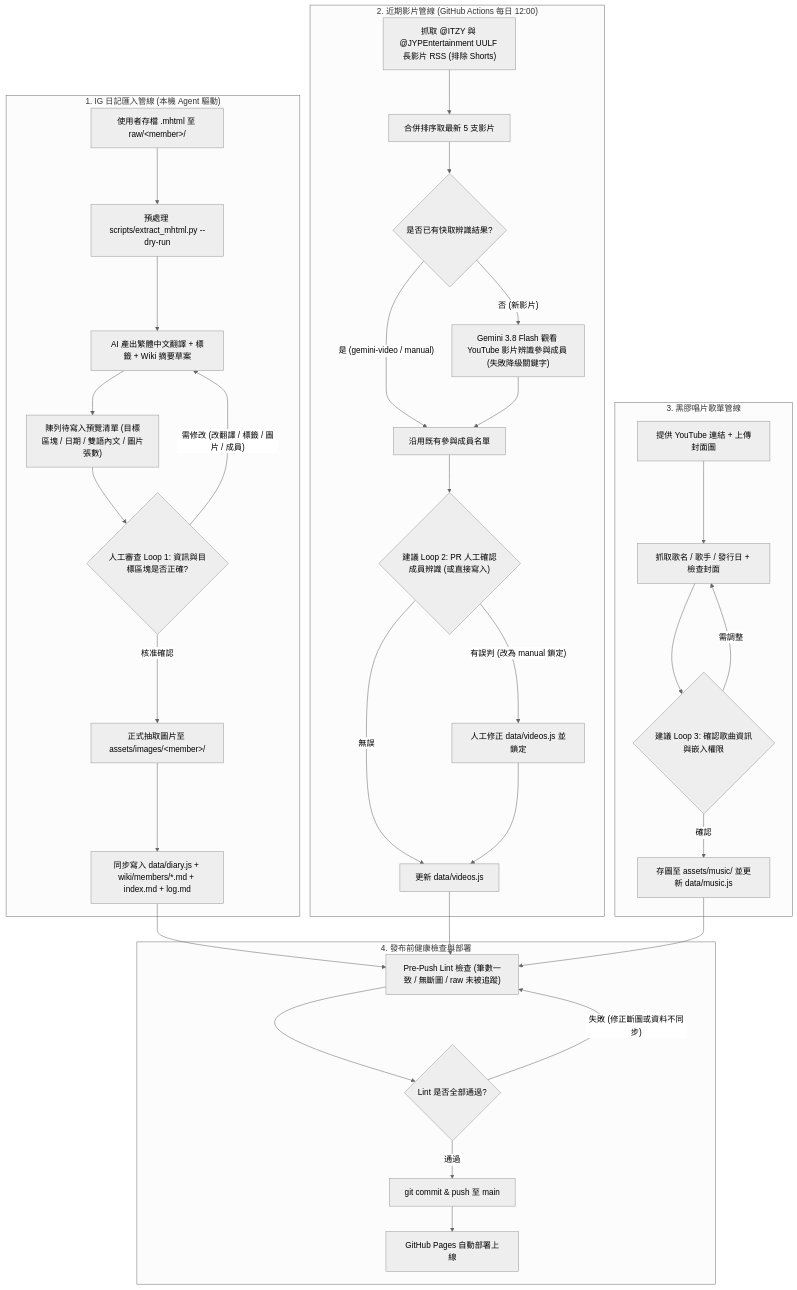
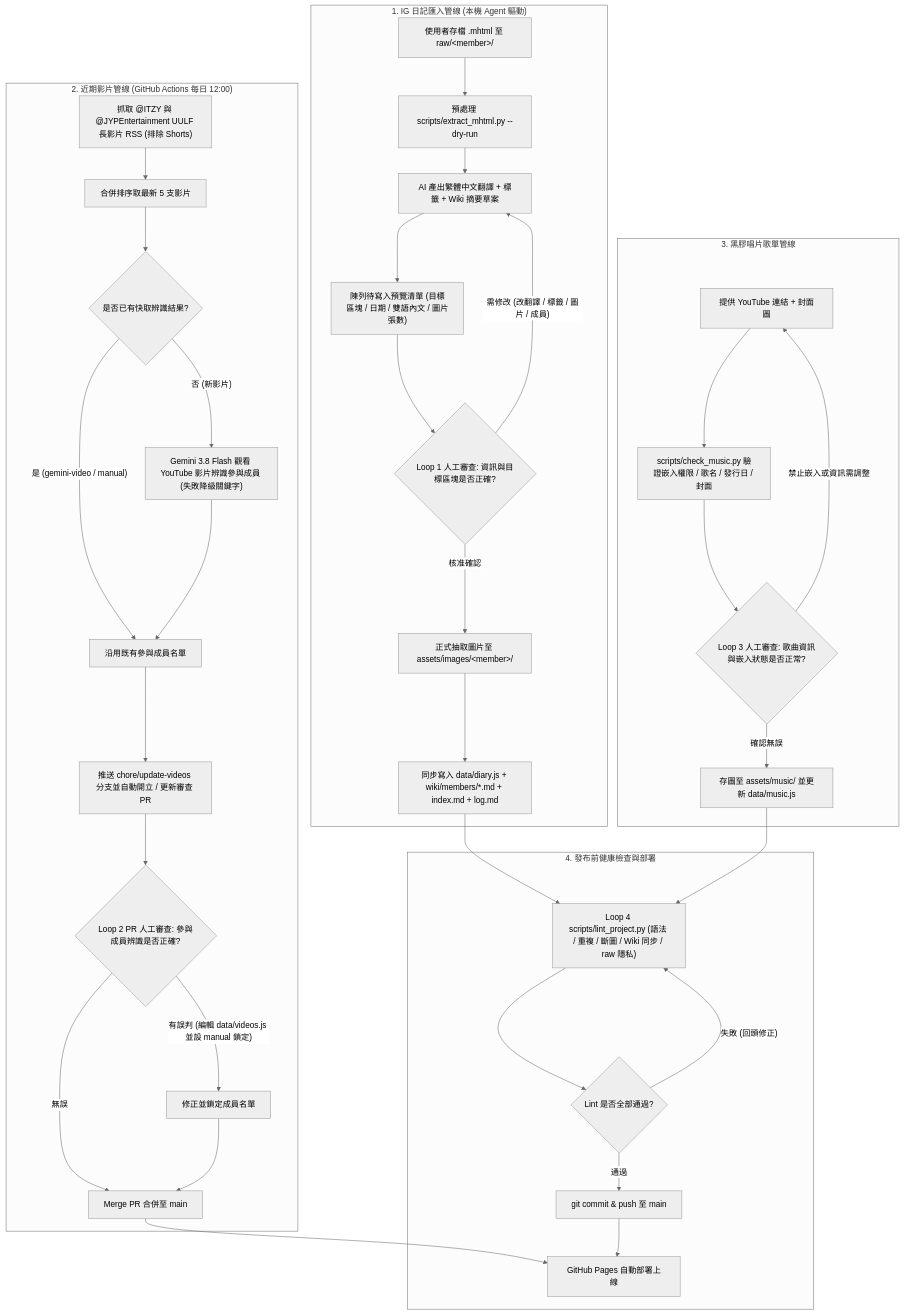
Before and after one commit to iloveyuna1209/itzy_ig_daily: the diagram in WORKFLOW.md, drawn with Mermaid (neutral theme). The commit also changed other lines of this file and 4 other files, not shown here.

````diff
--- a/WORKFLOW.md
+++ b/WORKFLOW.md
@@ -7,46 +7,47 @@
 ```mermaid
 flowchart TD
     %% Track 1: IG Diary Ingest
     subgraph IG["1. IG 日記匯入管線 (本機 Agent 驅動)"]
         A1["使用者存檔 .mhtml 至 raw/&lt;member&gt;/"] --> A2["預處理 scripts/extract_mhtml.py --dry-run"]
         A2 --> A3["AI 產出繁體中文翻譯 + 標籤 + Wiki 摘要草案"]
         A3 --> A4["陳列待寫入預覽清單 (目標區塊 / 日期 / 雙語內文 / 圖片張數)"]
-        A4 --> H1{"人工審查 Loop 1: 資訊與目標區塊是否正確?"}
+        A4 --> H1{"Loop 1 人工審查: 資訊與目標區塊是否正確?"}
         H1 -- "需修改 (改翻譯 / 標籤 / 圖片 / 成員)" --> A3
         H1 -- "核准確認" --> A5["正式抽取圖片至 assets/images/&lt;member&gt;/"]
         A5 --> A6["同步寫入 data/diary.js + wiki/members/*.md + index.md + log.md"]
     end
 
     %% Track 2: YouTube Recent Videos
     subgraph YT["2. 近期影片管線 (GitHub Actions 每日 12:00)"]
         B1["抓取 @ITZY 與 @JYPEntertainment UULF 長影片 RSS (排除 Shorts)"] --> B2["合併排序取最新 5 支影片"]
         B2 --> B3{"是否已有快取辨識結果?"}
         B3 -- "是 (gemini-video / manual)" --> B5["沿用既有參與成員名單"]
         B3 -- "否 (新影片)" --> B4["Gemini 3.8 Flash 觀看 YouTube 影片辨識參與成員 (失敗降級關鍵字)"]
         B4 --> B5
-        B5 --> H2{"建議 Loop 2: PR 人工確認成員辨識 (或直接寫入)"}
-        H2 -- "有誤判 (改為 manual 鎖定)" --> B6["人工修正 data/videos.js 並鎖定"]
-        H2 -- "無誤" --> B7["更新 data/videos.js"]
-        B6 --> B7
+        B5 --> B6["推送 chore/update-videos 分支並自動開立 / 更新審查 PR"]
+        B6 --> H2{"Loop 2 PR 人工審查: 參與成員辨識是否正確?"}
+        H2 -- "有誤判 (編輯 data/videos.js 並設 manual 鎖定)" --> B7["修正並鎖定成員名單"]
+        H2 -- "無誤" --> B8["Merge PR 合併至 main"]
+        B7 --> B8
     end
 
     %% Track 3: Vinyl Music Player
     subgraph MUSIC["3. 黑膠唱片歌單管線"]
-        C1["提供 YouTube 連結 + 上傳封面圖"] --> C2["抓取歌名 / 歌手 / 發行日 + 檢查封面"]
-        C2 --> H3{"建議 Loop 3: 確認歌曲資訊與嵌入權限"}
-        H3 -- "需調整" --> C2
-        H3 -- "確認" --> C3["存圖至 assets/music/ 並更新 data/music.js"]
+        C1["提供 YouTube 連結 + 封面圖"] --> C2["scripts/check_music.py 驗證嵌入權限 / 歌名 / 發行日 / 封面"]
+        C2 --> H3{"Loop 3 人工審查: 歌曲資訊與嵌入狀態是否正常?"}
+        H3 -- "禁止嵌入或資訊需調整" --> C1
+        H3 -- "確認無誤" --> C3["存圖至 assets/music/ 並更新 data/music.js"]
     end
 
     %% Final Publish & Lint Loop
     A6 --> L1
-    B7 --> L1
     C3 --> L1
 
     subgraph PUB["4. 發布前健康檢查與部署"]
-        L1["Pre-Push Lint 檢查 (筆數一致 / 無斷圖 / raw 未被追蹤)"] --> L2{"Lint 是否全部通過?"}
-        L2 -- "失敗 (修正斷圖或資料不同步)" --> L1
+        L1["Loop 4 scripts/lint_project.py (語法 / 重複 / 斷圖 / Wiki 同步 / raw 隱私)"] --> L2{"Lint 是否全部通過?"}
+        L2 -- "失敗 (回頭修正)" --> L1
         L2 -- "通過" --> P1["git commit & push 至 main"]
-        P1 --> P2["GitHub Pages 自動部署上線"]
+        B8 --> P2["GitHub Pages 自動部署上線"]
+        P1 --> P2
     end
 ```
````
